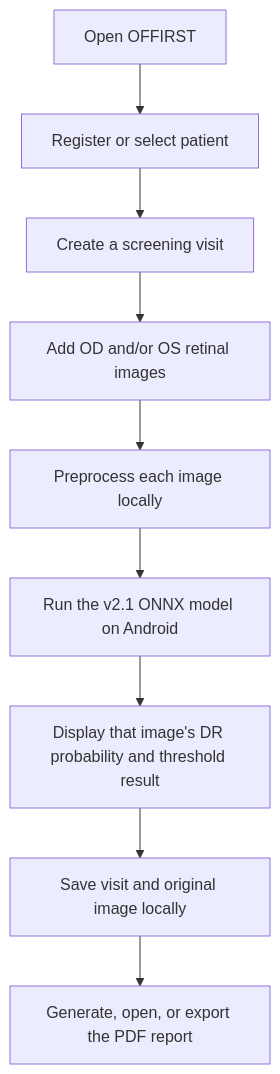
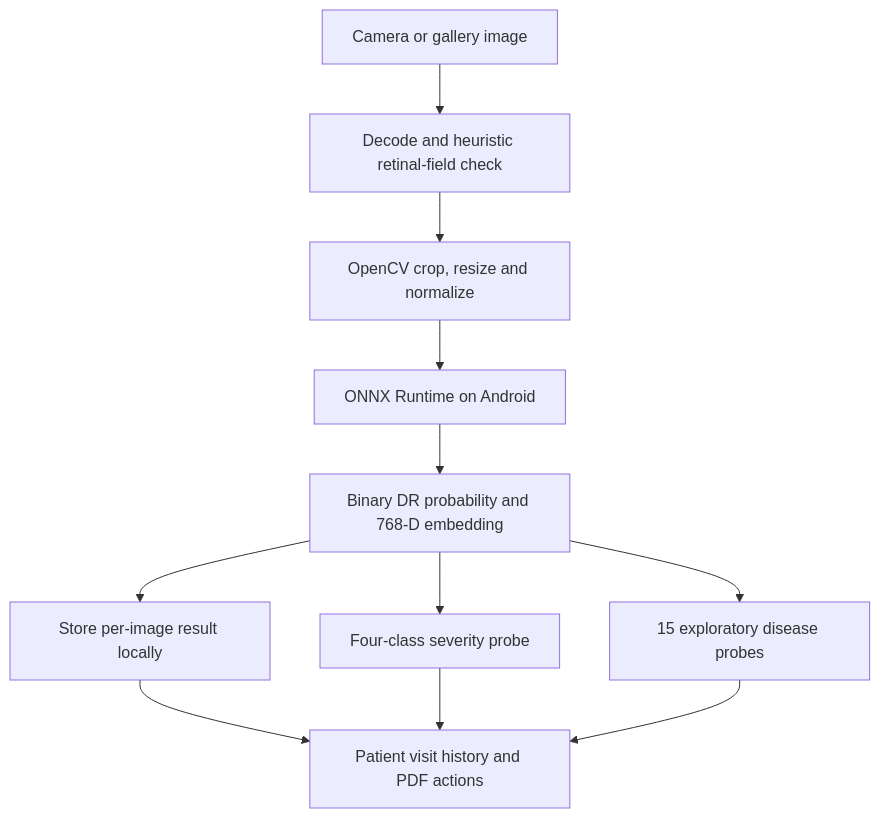
One commit to Mayank-gitspace/OFFIRST changed the diagram in README.md. Above: the diagram before and after it, drawn with Mermaid. The commit also changed other lines of this file, not shown here.

````diff
--- a/README.md
+++ b/README.md
@@ -52,11 +37,13 @@
-```mermaid
+~~~mermaid
 flowchart TD
-    A[Open OFFIRST] --> B[Register or select patient]
-    B --> C[Create a screening visit]
-    C --> D[Add OD and/or OS retinal images]
-    D --> E[Preprocess each image locally]
-    E --> F[Run the v2.1 ONNX model on Android]
-    F --> G[Display that image's DR probability and threshold result]
-    G --> H[Save visit and original image locally]
-    H --> I[Generate, open, or export the PDF report]
-```
+    A[Camera or gallery image] --> B[Decode and heuristic retinal-field check]
+    B --> C[OpenCV crop, resize and normalize]
+    C --> D[ONNX Runtime on Android]
+    D --> E[Binary DR probability and 768-D embedding]
+    E --> F[Store per-image result locally]
+    E --> G[Four-class severity probe]
+    E --> H[15 exploratory disease probes]
+    F --> I[Patient visit history and PDF actions]
+    G --> I
+    H --> I
+~~~
````
